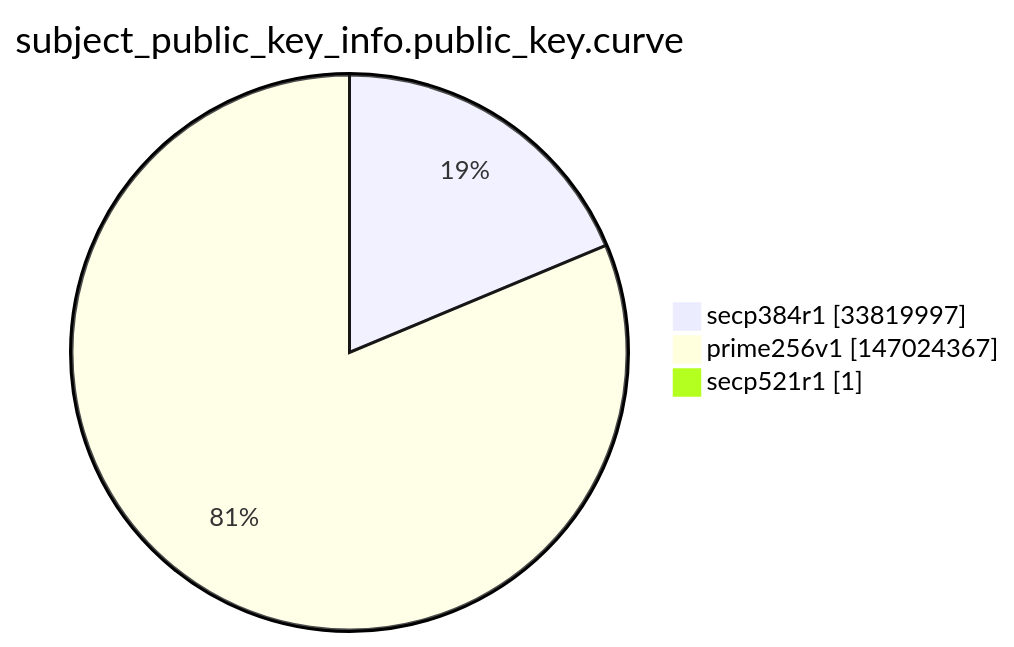
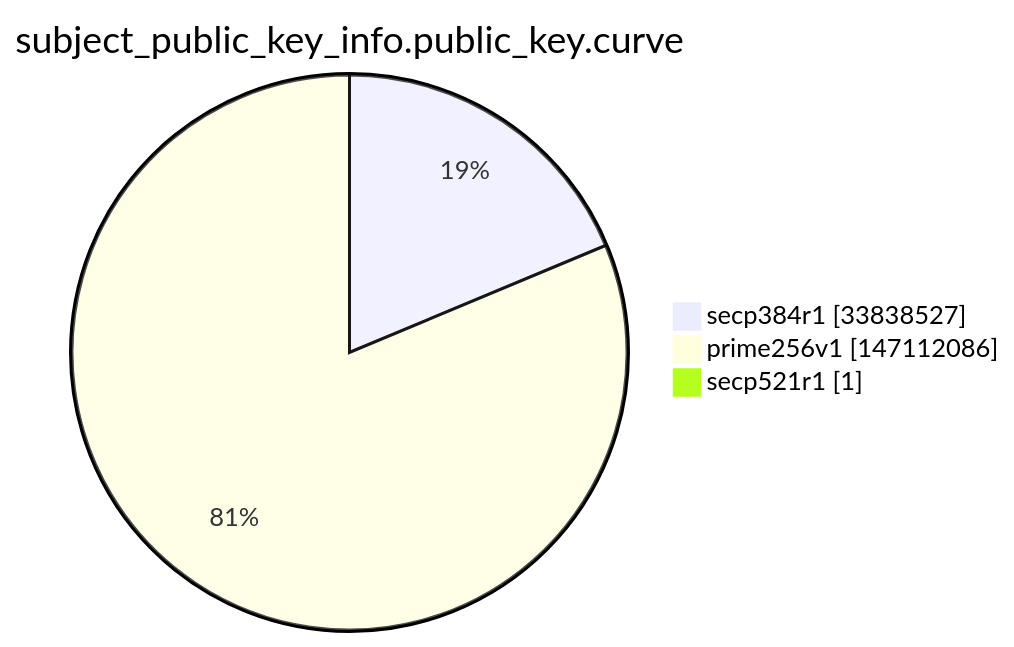
One commit to christiankrug/ctmonitor_visualization changed the ninth of 15 diagrams in argon2022/README.md. Above: the diagram before and after it, drawn with Mermaid. The commit also changed other lines of this file, not shown here.

````diff
--- a/argon2022/README.md
+++ b/argon2022/README.md
@@ -2764,7 +2764,7 @@
 ```mermaid
 pie showData
 title subject_public_key_info.public_key.curve
-"secp384r1" :33819997
-"prime256v1" :147024367
+"secp384r1" :33838527
+"prime256v1" :147112086
 "secp521r1" :1
 ```
````
